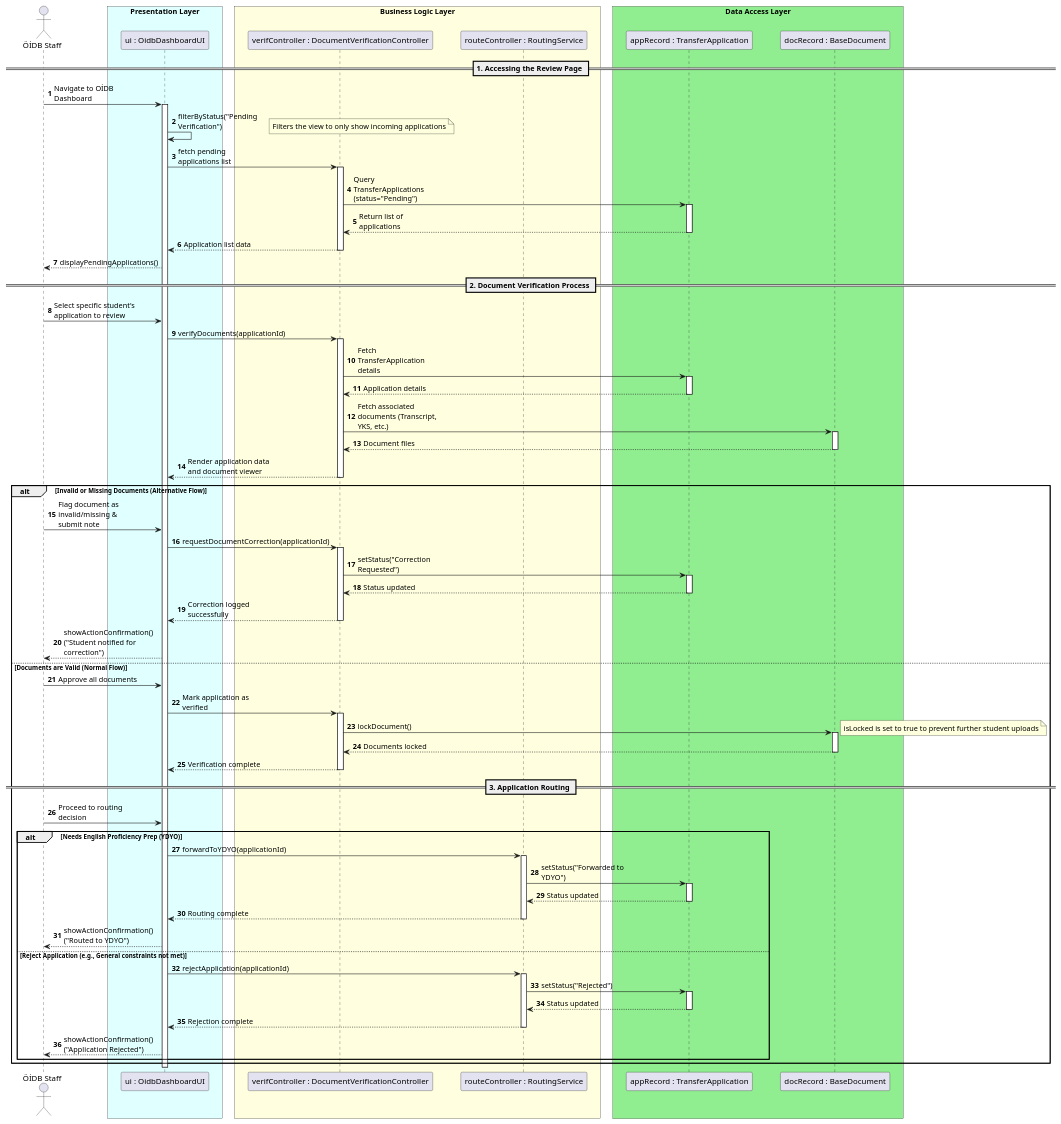
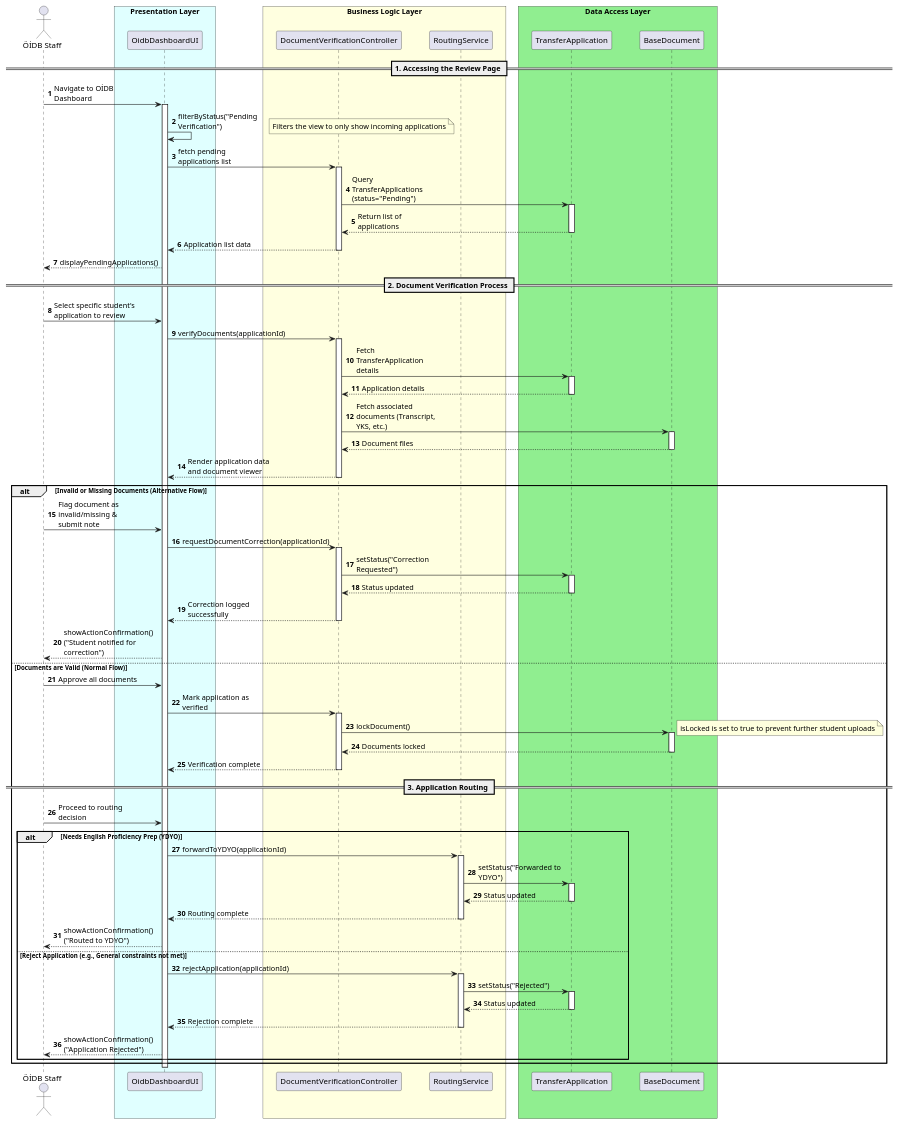
The diagram in docs/uml/uc-4.puml (UTMS-G02/utms), drawn with PlantUML before and after one commit. The commit also changed 6 other files, not shown here.

```diff
--- a/docs/uml/uc-4.puml
+++ b/docs/uml/uc-4.puml
@@ -1,117 +1,117 @@
 @startuml uc-4
 autonumber
 skinparam maxMessageSize 150
 skinparam ParticipantPadding 20
 skinparam BoxPadding 10
 
 actor "ÖİDB Staff" as Staff
 
 box "Presentation Layer" #LightCyan
-participant "ui : OidbDashboardUI" as UI
+participant "OidbDashboardUI" as UI
 end box
 
 box "Business Logic Layer" #LightYellow
-participant "verifController : DocumentVerificationController" as VerifController
-participant "routeController : RoutingService" as RouteController
+participant "DocumentVerificationController" as VerifController
+participant "RoutingService" as RouteController
 end box
 
 box "Data Access Layer" #LightGreen
-participant "appRecord : TransferApplication" as AppDB
-participant "docRecord : BaseDocument" as DocDB
+participant "TransferApplication" as AppDB
+participant "BaseDocument" as DocDB
 end box
 
 == 1. Accessing the Review Page ==
 Staff -> UI: Navigate to OİDB Dashboard
 activate UI
 
 UI -> UI: filterByStatus("Pending Verification")
 note right: Filters the view to only show incoming applications
 
 UI -> VerifController: fetch pending applications list
 activate VerifController
 VerifController -> AppDB: Query TransferApplications (status="Pending")
 activate AppDB
 AppDB --> VerifController: Return list of applications
 deactivate AppDB
 VerifController --> UI: Application list data
 deactivate VerifController
 
 UI --> Staff: displayPendingApplications()
 
 == 2. Document Verification Process ==
 Staff -> UI: Select specific student's application to review
 UI -> VerifController: verifyDocuments(applicationId)
 activate VerifController
 
 VerifController -> AppDB: Fetch TransferApplication details
 activate AppDB
 AppDB --> VerifController: Application details
 deactivate AppDB
 
 VerifController -> DocDB: Fetch associated documents (Transcript, YKS, etc.)
 activate DocDB
 DocDB --> VerifController: Document files
 deactivate DocDB
 
 VerifController --> UI: Render application data and document viewer
 deactivate VerifController
 
 alt Invalid or Missing Documents (Alternative Flow)
     Staff -> UI: Flag document as invalid/missing & submit note
     UI -> VerifController: requestDocumentCorrection(applicationId)
     activate VerifController
 
     VerifController -> AppDB: setStatus("Correction Requested")
     activate AppDB
     AppDB --> VerifController: Status updated
     deactivate AppDB
 
     VerifController --> UI: Correction logged successfully
     deactivate VerifController
     
     UI --> Staff: showActionConfirmation() ("Student notified for correction")
 
 else Documents are Valid (Normal Flow)
     Staff -> UI: Approve all documents
     UI -> VerifController: Mark application as verified
     activate VerifController
     
     VerifController -> DocDB: lockDocument()
     note right: isLocked is set to true to prevent further student uploads
     activate DocDB
     DocDB --> VerifController: Documents locked
     deactivate DocDB
     
     VerifController --> UI: Verification complete
     deactivate VerifController
 
     == 3. Application Routing ==
     Staff -> UI: Proceed to routing decision
     
     alt Needs English Proficiency Prep (YDYO)
         UI -> RouteController: forwardToYDYO(applicationId)
         activate RouteController
         RouteController -> AppDB: setStatus("Forwarded to YDYO")
         activate AppDB
         AppDB --> RouteController: Status updated
         deactivate AppDB
         RouteController --> UI: Routing complete
         deactivate RouteController
         UI --> Staff: showActionConfirmation() ("Routed to YDYO")
         
         
     else Reject Application (e.g., General constraints not met)
         UI -> RouteController: rejectApplication(applicationId)
         activate RouteController
         RouteController -> AppDB: setStatus("Rejected")
         activate AppDB
         AppDB --> RouteController: Status updated
         deactivate AppDB
         RouteController --> UI: Rejection complete
         deactivate RouteController
         UI --> Staff: showActionConfirmation() ("Application Rejected")
     end
 end
 
 deactivate UI
 @enduml
```
